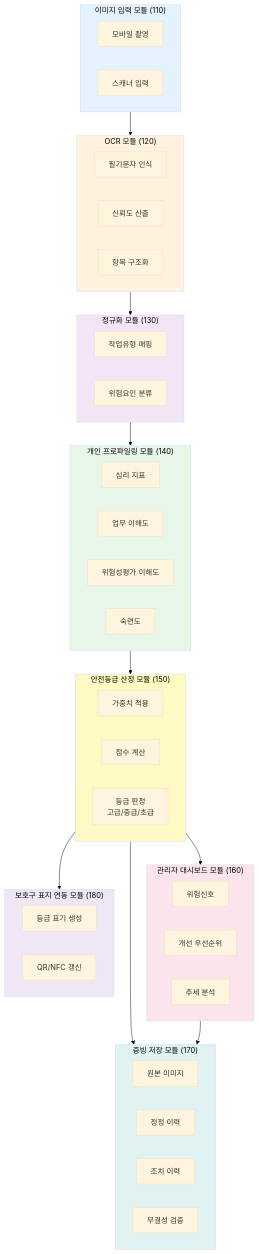
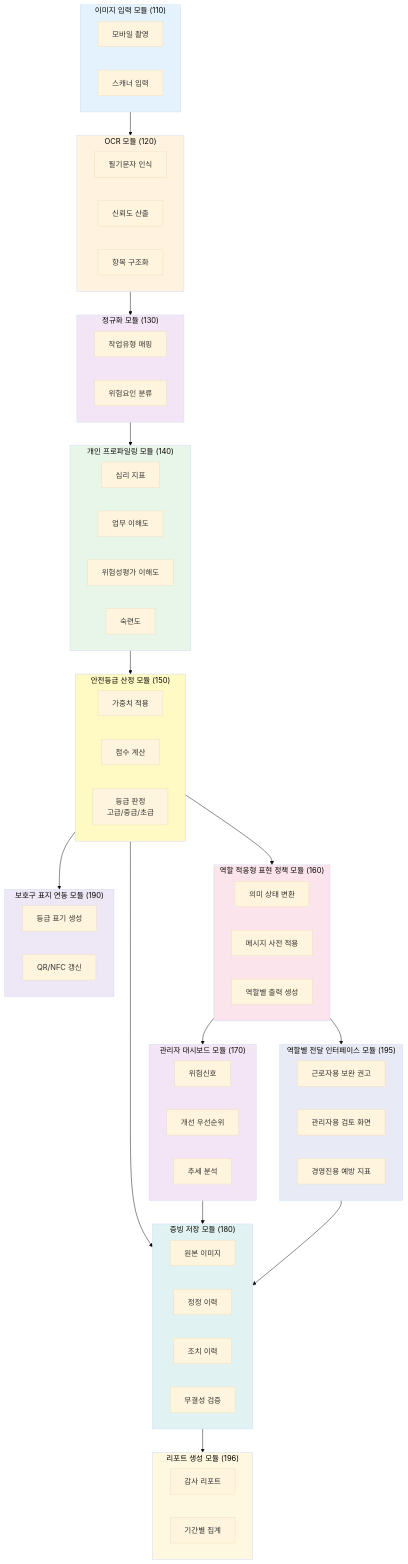
One commit to TELLOWSS/NEW-PSI changed the diagram in patent/11_도면1_시스템블록도_시각화가이드.md. Above: the diagram before and after it, drawn with Mermaid (base theme). The commit also changed other lines of this file and 40 other files, not shown here.

````diff
--- a/patent/11_도면1_시스템블록도_시각화가이드.md
+++ b/patent/11_도면1_시스템블록도_시각화가이드.md
@@ -40,39 +40,63 @@
         E3[등급 판정<br/>고급/중급/초급]
     end
     
-    subgraph DASH["관리자 대시보드 모듈 (160)"]
-        F1[위험신호]
-        F2[개선 우선순위]
-        F3[추세 분석]
+    subgraph EXPRESS["역할 적응형 표현 정책 모듈 (160)"]
+        F1[의미 상태 변환]
+        F2[메시지 사전 적용]
+        F3[역할별 출력 생성]
     end
     
-    subgraph EVIDENCE["증빙 저장 모듈 (170)"]
-        G1[원본 이미지]
-        G2[정정 이력]
-        G3[조치 이력]
-        G4[무결성 검증]
+    subgraph DASH["관리자 대시보드 모듈 (170)"]
+        G1[위험신호]
+        G2[개선 우선순위]
+        G3[추세 분석]
     end
     
-    subgraph BADGE["보호구 표지 연동 모듈 (180)"]
-        H1[등급 표기 생성]
-        H2[QR/NFC 갱신]
+    subgraph EVIDENCE["증빙 저장 모듈 (180)"]
+        H1[원본 이미지]
+        H2[정정 이력]
+        H3[조치 이력]
+        H4[무결성 검증]
+    end
+    
+    subgraph BADGE["보호구 표지 연동 모듈 (190)"]
+        I1[등급 표기 생성]
+        I2[QR/NFC 갱신]
+    end
+
+    subgraph CHANNEL["역할별 전달 인터페이스 모듈 (195)"]
+        J1[근로자용 보완 권고]
+        J2[관리자용 검토 화면]
+        J3[경영진용 예방 지표]
+    end
+
+    subgraph REPORT["리포트 생성 모듈 (196)"]
+        K1[감사 리포트]
+        K2[기간별 집계]
     end
     
     INPUT --> OCR
     OCR --> NORMAL
     NORMAL --> PROFILE
     PROFILE --> GRADE
-    GRADE --> DASH
+    GRADE --> EXPRESS
+    EXPRESS --> DASH
+    EXPRESS --> CHANNEL
     GRADE --> BADGE
     GRADE --> EVIDENCE
     DASH --> EVIDENCE
+    CHANNEL --> EVIDENCE
+    EVIDENCE --> REPORT
     
     style INPUT fill:#e3f2fd
     style OCR fill:#fff3e0
     style NORMAL fill:#f3e5f5
     style PROFILE fill:#e8f5e9
     style GRADE fill:#fff9c4
-    style DASH fill:#fce4ec
+    style EXPRESS fill:#fce4ec
+    style DASH fill:#f3e5f5
     style EVIDENCE fill:#e0f2f1
     style BADGE fill:#ede7f6
+    style CHANNEL fill:#e8eaf6
+    style REPORT fill:#fff8e1
 ```
````
